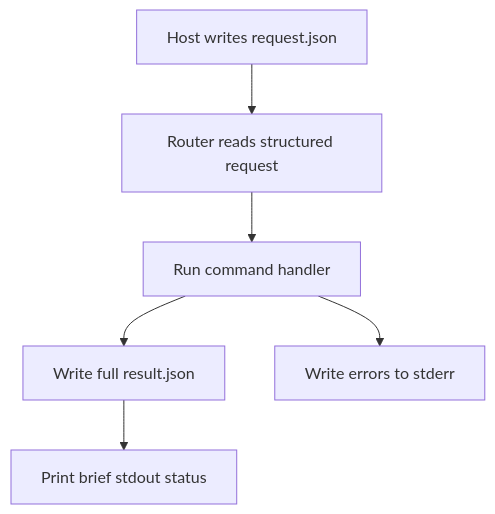
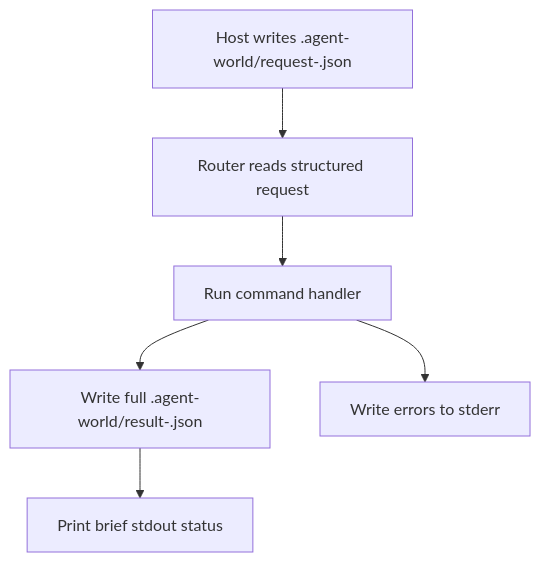
The diagram in .docs/plans/2026/05/24/plan-file-based-handoff.md (yysun/agent-world-skill), drawn with Mermaid before and after one commit. The commit also changed other lines of this file and 7 other files, not shown here.

Commit message:
Use timestamped .agent-world files for handoff

````diff
--- a/.docs/plans/2026/05/24/plan-file-based-handoff.md
+++ b/.docs/plans/2026/05/24/plan-file-based-handoff.md
@@ -11,8 +11,8 @@
 ```mermaid
 flowchart TD
-  A["Host writes request.json"] --> B["Router reads structured request"]
+  A["Host writes .agent-world/request-<timestamp>.json"] --> B["Router reads structured request"]
   B --> C["Run command handler"]
-  C --> D["Write full result.json"]
+  C --> D["Write full .agent-world/result-<timestamp>.json"]
   D --> E["Print brief stdout status"]
   C --> F["Write errors to stderr"]
 ```
````
